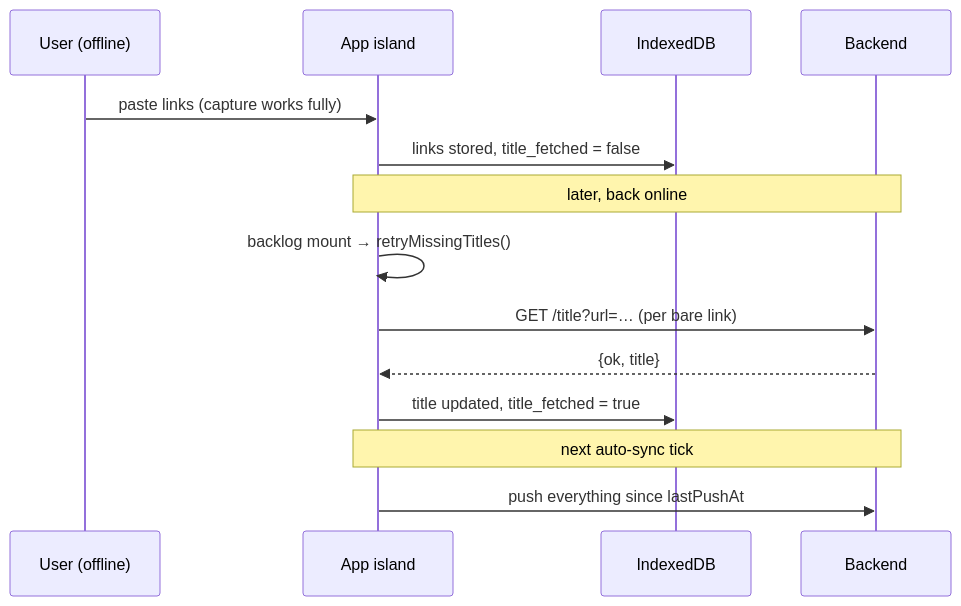
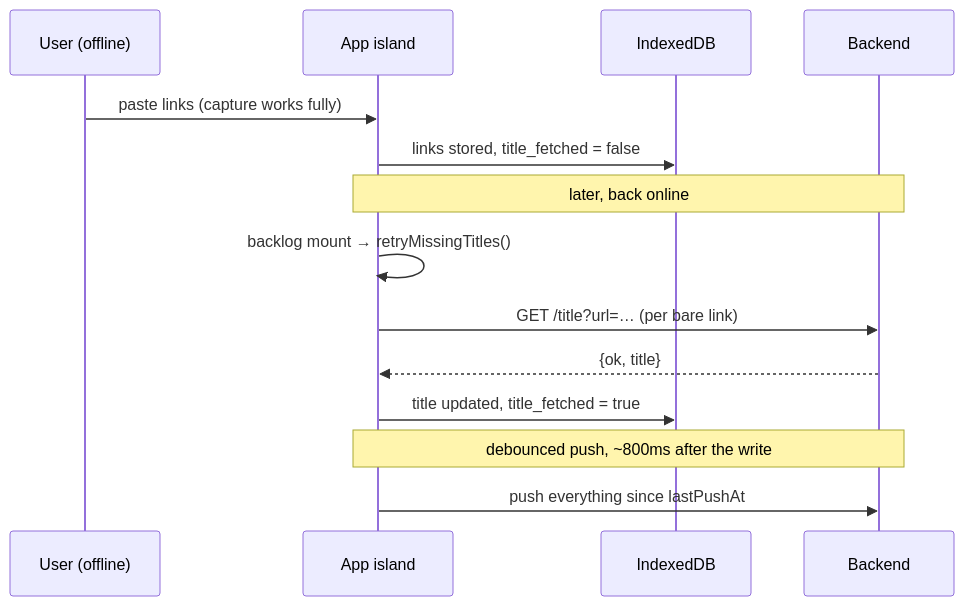
Before and after one commit to Kieran-s-Artisnal-Slop-Factory/readerr: the second of 2 diagrams in docs/dev/offline-support.md, drawn with Mermaid. The commit also changed other lines of this file and 47 other files, not shown here.

````diff
--- a/docs/dev/offline-support.md
+++ b/docs/dev/offline-support.md
@@ -142,17 +164,17 @@
 ```mermaid
 sequenceDiagram
     participant U as User (offline)
     participant App as App island
     participant DB as IndexedDB
     participant BE as Backend
 
     U->>App: paste links (capture works fully)
     App->>DB: links stored, title_fetched = false
     Note over App,BE: later, back online
     App->>App: backlog mount → retryMissingTitles()
     App->>BE: GET /title?url=… (per bare link)
     BE-->>App: {ok, title}
     App->>DB: title updated, title_fetched = true
-    Note over App,BE: next auto-sync tick
+    Note over App,BE: debounced push, ~800ms after the write
     App->>BE: push everything since lastPushAt
 ```
````
